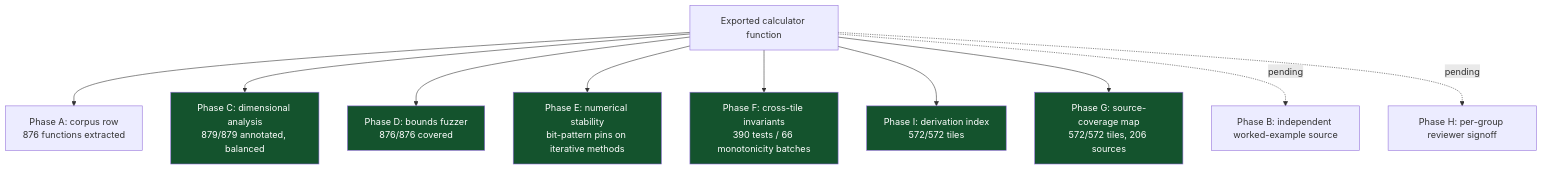
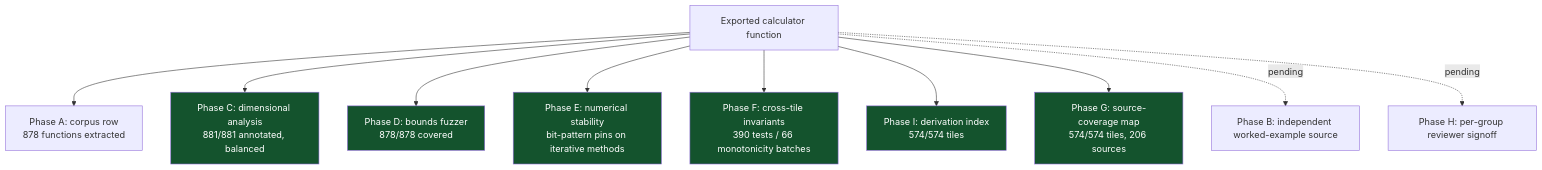
Before and after one commit to clay-good/roughlogic.com: the fourth of 6 diagrams in README.md, drawn with Mermaid. The commit also changed other lines of this file and 17 other files, not shown here.

````diff
--- a/README.md
+++ b/README.md
@@ -284,18 +286,18 @@
 ```mermaid
 flowchart TB
-    F[Exported calculator function] --> A[Phase A: corpus row\n876 functions extracted]
-    F --> C[Phase C: dimensional analysis\n879/879 annotated, balanced]
-    F --> D[Phase D: bounds fuzzer\n876/876 covered]
+    F[Exported calculator function] --> A[Phase A: corpus row\n878 functions extracted]
+    F --> C[Phase C: dimensional analysis\n881/881 annotated, balanced]
+    F --> D[Phase D: bounds fuzzer\n878/878 covered]
     F --> E[Phase E: numerical stability\nbit-pattern pins on iterative methods]
     F --> Fa[Phase F: cross-tile invariants\n390 tests / 66 monotonicity batches]
-    F --> I[Phase I: derivation index\n572/572 tiles]
-    F --> G[Phase G: source-coverage map\n572/572 tiles, 206 sources]
+    F --> I[Phase I: derivation index\n574/574 tiles]
+    F --> G[Phase G: source-coverage map\n574/574 tiles, 206 sources]
     F -.pending.-> B[Phase B: independent worked-example source]
     F -.pending.-> H[Phase H: per-group reviewer signoff]
     style C fill:#14532d,color:#fff
     style D fill:#14532d,color:#fff
     style E fill:#14532d,color:#fff
     style Fa fill:#14532d,color:#fff
     style G fill:#14532d,color:#fff
     style I fill:#14532d,color:#fff
 ```
````
